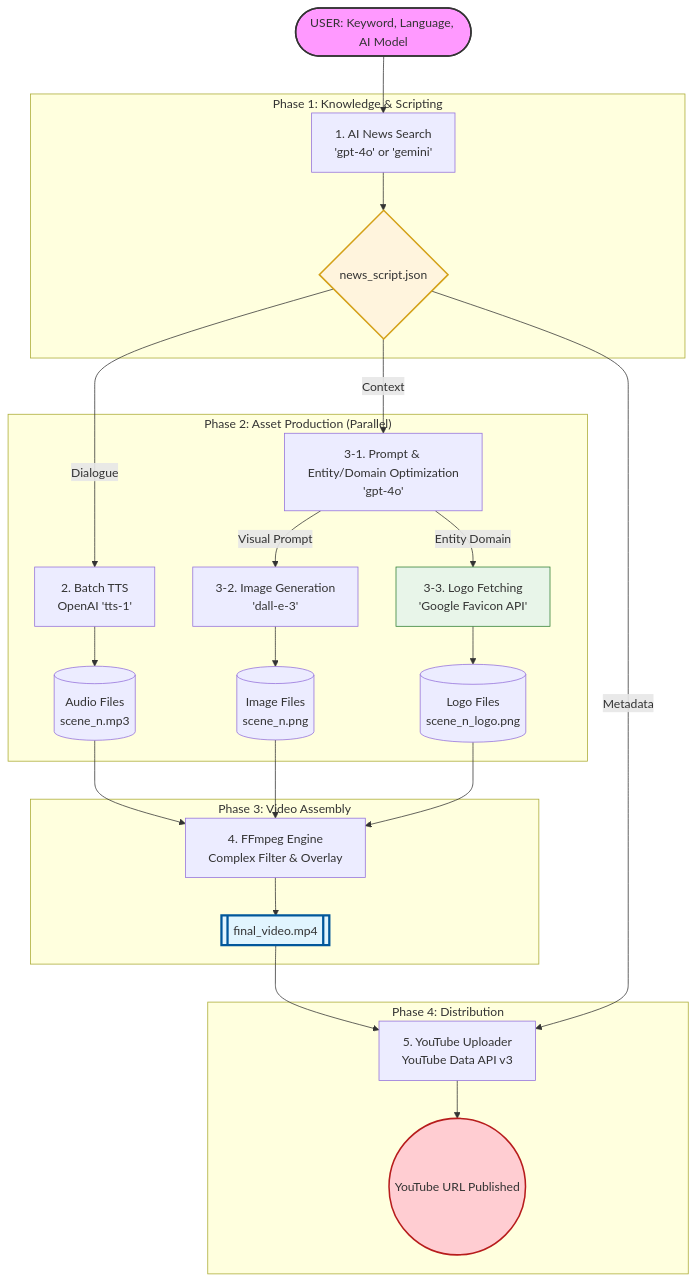
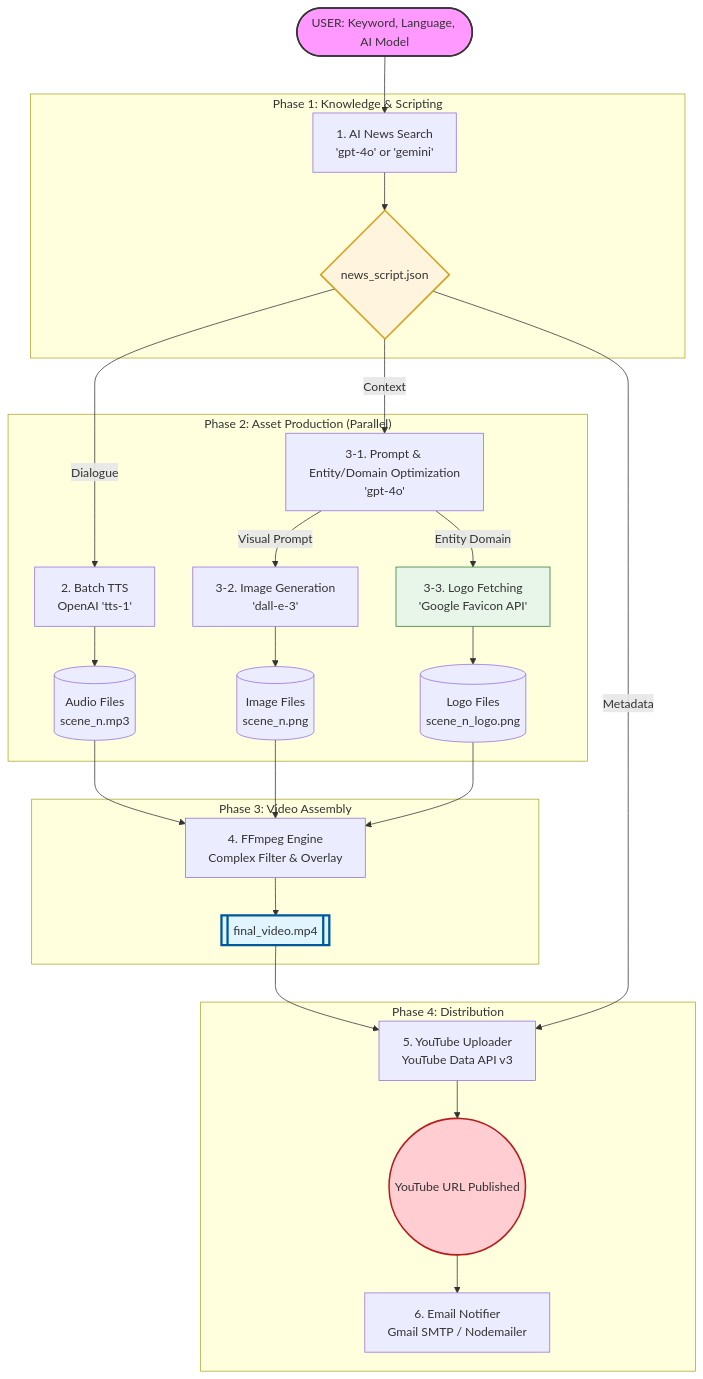
Before and after one commit to tanminkwan/play-with-google: the diagram in DOCUMENTATION.md, drawn with Mermaid. The commit also changed other lines of this file and 9 other files, not shown here.

````diff
--- a/DOCUMENTATION.md
+++ b/DOCUMENTATION.md
@@ -7,46 +7,47 @@
 ```mermaid
 graph TD
     %% Input
     User([USER: Keyword, Language, AI Model]) --> ScriptGen
 
     %% Step 1: Script Generation
     subgraph "Phase 1: Knowledge & Scripting"
         ScriptGen[1. AI News Search<br/>'gpt-4o' or 'gemini'] 
         ScriptGen --> JSONData{news_script.json}
     end
 
     %% Step 2 & 3: Resource Generation (Parallel)
     subgraph "Phase 2: Asset Production (Parallel)"
         JSONData -->|Dialogue| TTSGen[2. Batch TTS<br/>OpenAI 'tts-1']
         JSONData -->|Context| PromptOpt[3-1. Prompt & Entity/Domain Optimization<br/>'gpt-4o']
         
         PromptOpt -->|Visual Prompt| ImageGen[3-2. Image Generation<br/>'dall-e-3']
         PromptOpt -->|Entity Domain| LogoFetch[3-3. Logo Fetching<br/>'Google Favicon API']
         
         TTSGen --> MP3Files[(Audio Files<br/>scene_n.mp3)]
         ImageGen --> PNGFiles[(Image Files<br/>scene_n.png)]
         LogoFetch --> LogoFiles[(Logo Files<br/>scene_n_logo.png)]
     end
 
     %% Step 4: Assembly
     subgraph "Phase 3: Video Assembly"
         MP3Files --> FFmpeg[4. FFmpeg Engine<br/>Complex Filter & Overlay]
         PNGFiles --> FFmpeg
         LogoFiles --> FFmpeg
         FFmpeg --> MasterVideo[[final_video.mp4]]
     end
 
     %% Step 5: Publication
     subgraph "Phase 4: Distribution"
         MasterVideo --> YTUpload[5. YouTube Uploader<br/>YouTube Data API v3]
         JSONData -->|Metadata| YTUpload
         YTUpload --> FinalResult((YouTube URL Published))
+        FinalResult --> EmailNotif[6. Email Notifier<br/>Gmail SMTP / Nodemailer]
     end
 
     %% Styling
     style User fill:#f9f,stroke:#333,stroke-width:2px
     style JSONData fill:#fff4dd,stroke:#d4a017,stroke-width:2px
     style MasterVideo fill:#e1f5fe,stroke:#01579b,stroke-width:3px
     style FinalResult fill:#ffcdd2,stroke:#b71c1c,stroke-width:2px
     style LogoFetch fill:#e8f5e9,stroke:#2e7d32,stroke-width:1px
 ```
````
